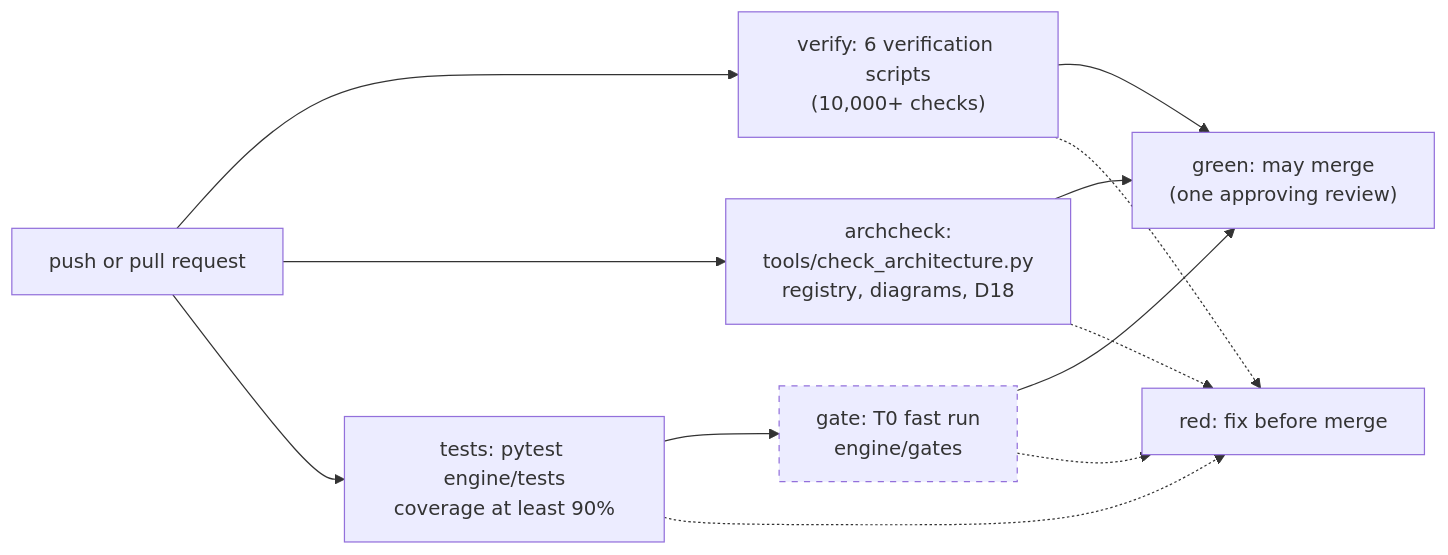
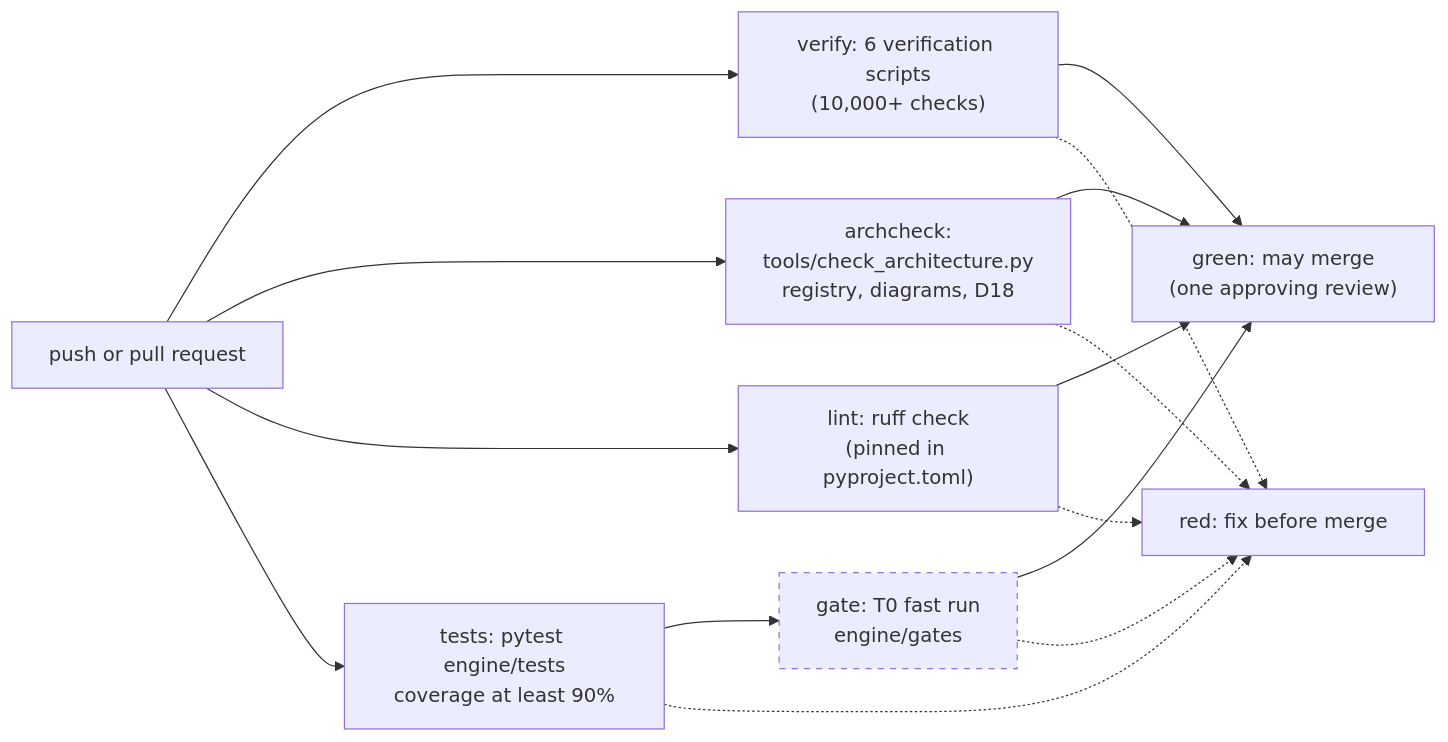
The eighth of 8 diagrams in ARCHITECTURE.md (isaacmindx-collab/cosmic-mass-lab), drawn with Mermaid before and after one commit. The commit also changed other lines of this file and 4 other files, not shown here.

Commit message:
P7: notebook, D23 proposed, board, log; ARCHITECTURE.md section 9 (D18)

````diff
--- a/ARCHITECTURE.md
+++ b/ARCHITECTURE.md
@@ -552,19 +552,22 @@
 ```mermaid
 flowchart LR
     classDef planned stroke-dasharray: 5 5
     PUSH["push or pull request"]
     V["verify: 6 verification scripts<br/>(10,000+ checks)"]
     A["archcheck:<br/>tools/check_architecture.py<br/>registry, diagrams, D18"]
+    R["lint: ruff check<br/>(pinned in pyproject.toml)"]
     T["tests: pytest engine/tests<br/>coverage at least 90%"]
     G["gate: T0 fast run<br/>engine/gates"]:::planned
     OK["green: may merge<br/>(one approving review)"]
     NO["red: fix before merge"]
 
     PUSH --> V --> OK
     PUSH --> A --> OK
+    PUSH --> R --> OK
+    R -.-> NO
     PUSH --> T --> G --> OK
     V -.-> NO
     A -.-> NO
     T -.-> NO
     G -.-> NO
 ```
````
